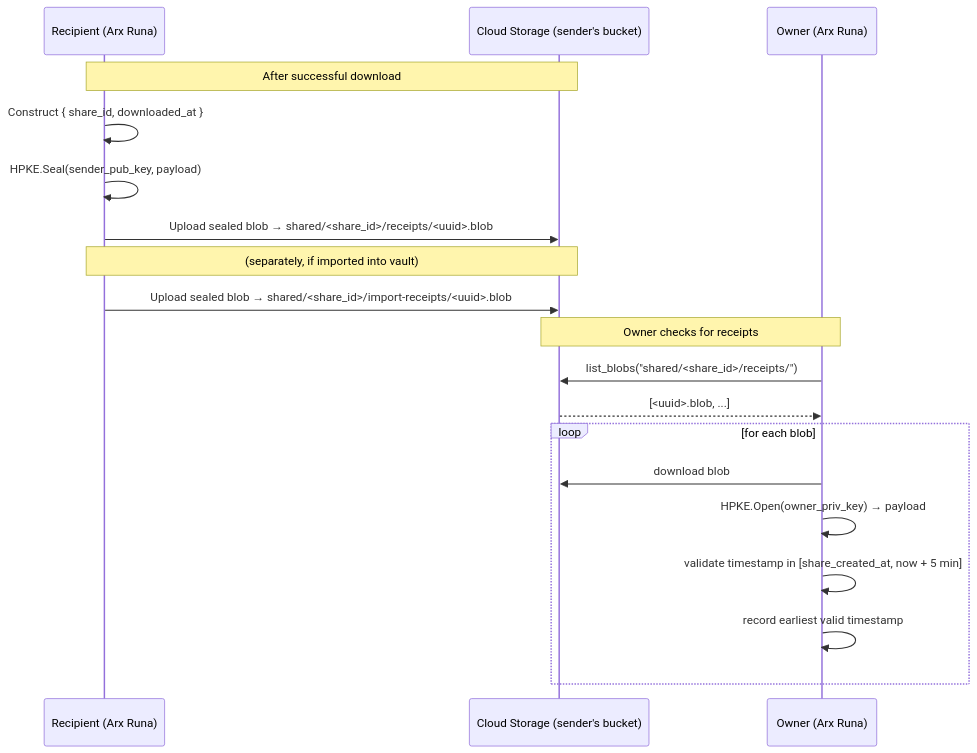
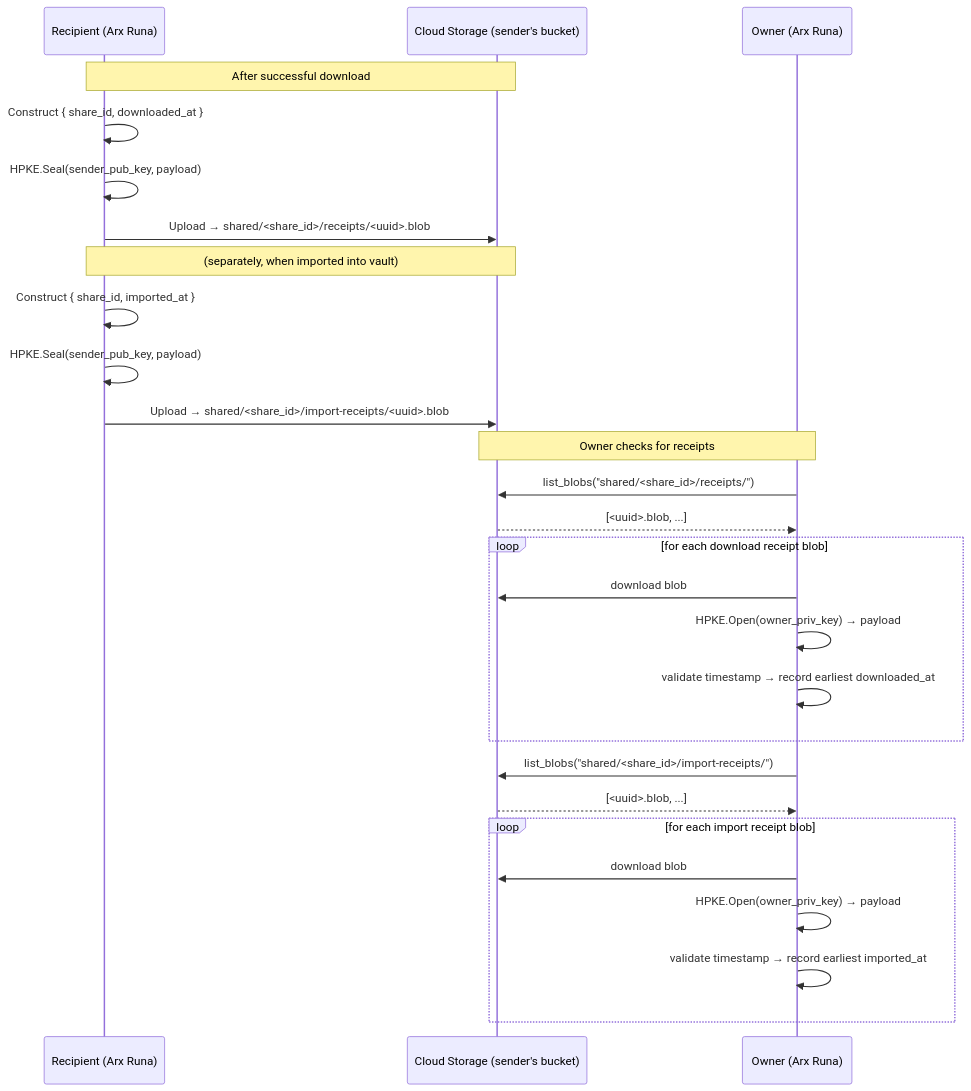
The second of 2 diagrams in docs/how-it-works/file-sharing.md (salgaard/arx-runa), drawn with Mermaid before and after one commit. The commit also changed other lines of this file and 5 other files, not shown here.

````diff
--- a/docs/how-it-works/file-sharing.md
+++ b/docs/how-it-works/file-sharing.md
@@ -113,23 +127,32 @@
 ```mermaid
 sequenceDiagram
     participant Recipient as Recipient (Arx Runa)
     participant Cloud as Cloud Storage (sender's bucket)
     participant Owner as Owner (Arx Runa)
 
     note over Recipient,Cloud: After successful download
     Recipient->>Recipient: Construct #123; share_id, downloaded_at #125;
     Recipient->>Recipient: HPKE.Seal(sender_pub_key, payload)
-    Recipient->>Cloud: Upload sealed blob #8594; shared/<share_id>/receipts/<uuid>.blob
-    note over Recipient,Cloud: (separately, if imported into vault)
-    Recipient->>Cloud: Upload sealed blob #8594; shared/<share_id>/import-receipts/<uuid>.blob
+    Recipient->>Cloud: Upload #8594; shared/<share_id>/receipts/<uuid>.blob
+
+    note over Recipient,Cloud: (separately, when imported into vault)
+    Recipient->>Recipient: Construct #123; share_id, imported_at #125;
+    Recipient->>Recipient: HPKE.Seal(sender_pub_key, payload)
+    Recipient->>Cloud: Upload #8594; shared/<share_id>/import-receipts/<uuid>.blob
 
     note over Cloud,Owner: Owner checks for receipts
     Owner->>Cloud: list_blobs("shared/<share_id>/receipts/")
     Cloud-->>Owner: [<uuid>.blob, ...]
-    loop for each blob
+    loop for each download receipt blob
         Owner->>Cloud: download blob
         Owner->>Owner: HPKE.Open(owner_priv_key) #8594; payload
-        Owner->>Owner: validate timestamp in [share_created_at, now + 5 min]
-        Owner->>Owner: record earliest valid timestamp
+        Owner->>Owner: validate timestamp #8594; record earliest downloaded_at
+    end
+    Owner->>Cloud: list_blobs("shared/<share_id>/import-receipts/")
+    Cloud-->>Owner: [<uuid>.blob, ...]
+    loop for each import receipt blob
+        Owner->>Cloud: download blob
+        Owner->>Owner: HPKE.Open(owner_priv_key) #8594; payload
+        Owner->>Owner: validate timestamp #8594; record earliest imported_at
     end
 ```
````
